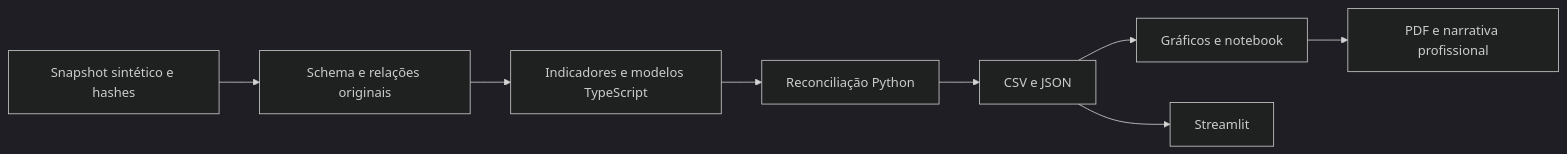
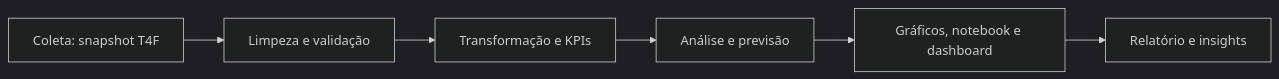
Before and after one commit to Thiago-code-lab/portfolio-t4f-data-analytics: the diagram in README.md, drawn with Mermaid (dark theme). The commit also changed other lines of this file, not shown here.

```diff
--- a/README.md
+++ b/README.md
@@ -60,10 +77,8 @@
 ~~~mermaid
 flowchart LR
-    A[Snapshot sintético e hashes] --> B[Schema e relações originais]
-    B --> C[Indicadores e modelos TypeScript]
-    C --> D[Reconciliação Python]
-    D --> E[CSV e JSON]
-    E --> F[Gráficos e notebook]
-    E --> G[Streamlit]
-    F --> H[PDF e narrativa profissional]
+    A["Coleta: snapshot T4F"] --> B["Limpeza e validação"]
+    B --> C["Transformação e KPIs"]
+    C --> D["Análise e previsão"]
+    D --> E["Gráficos, notebook e dashboard"]
+    E --> F["Relatório e insights"]
 ~~~
```
